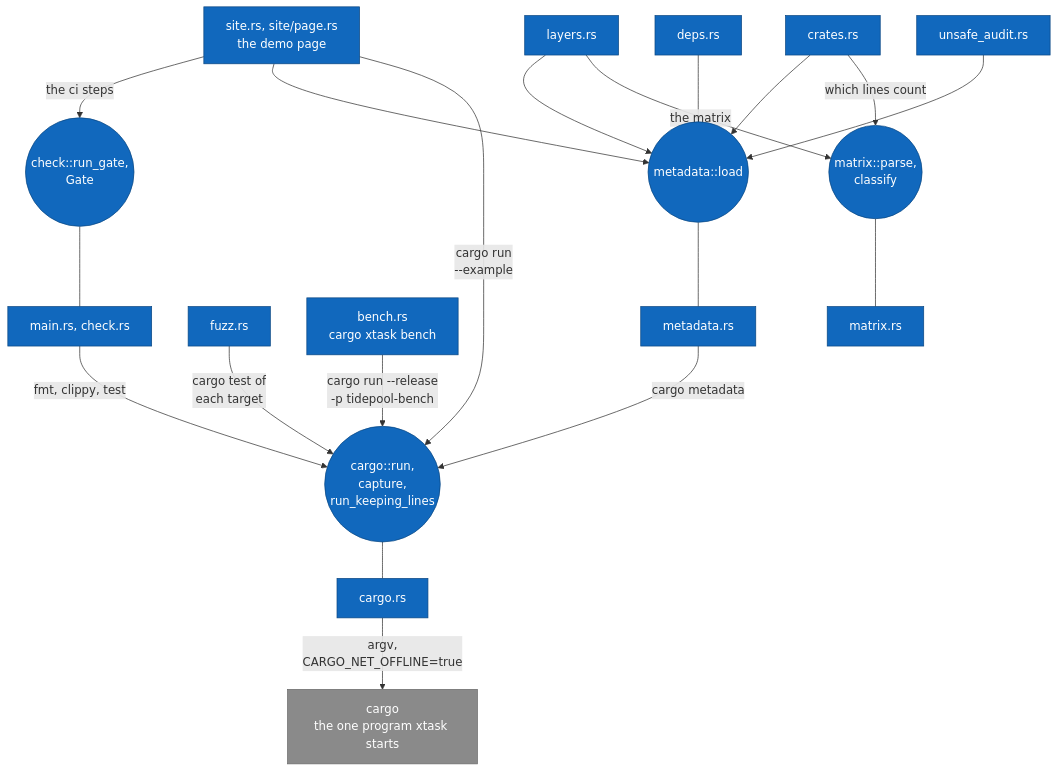
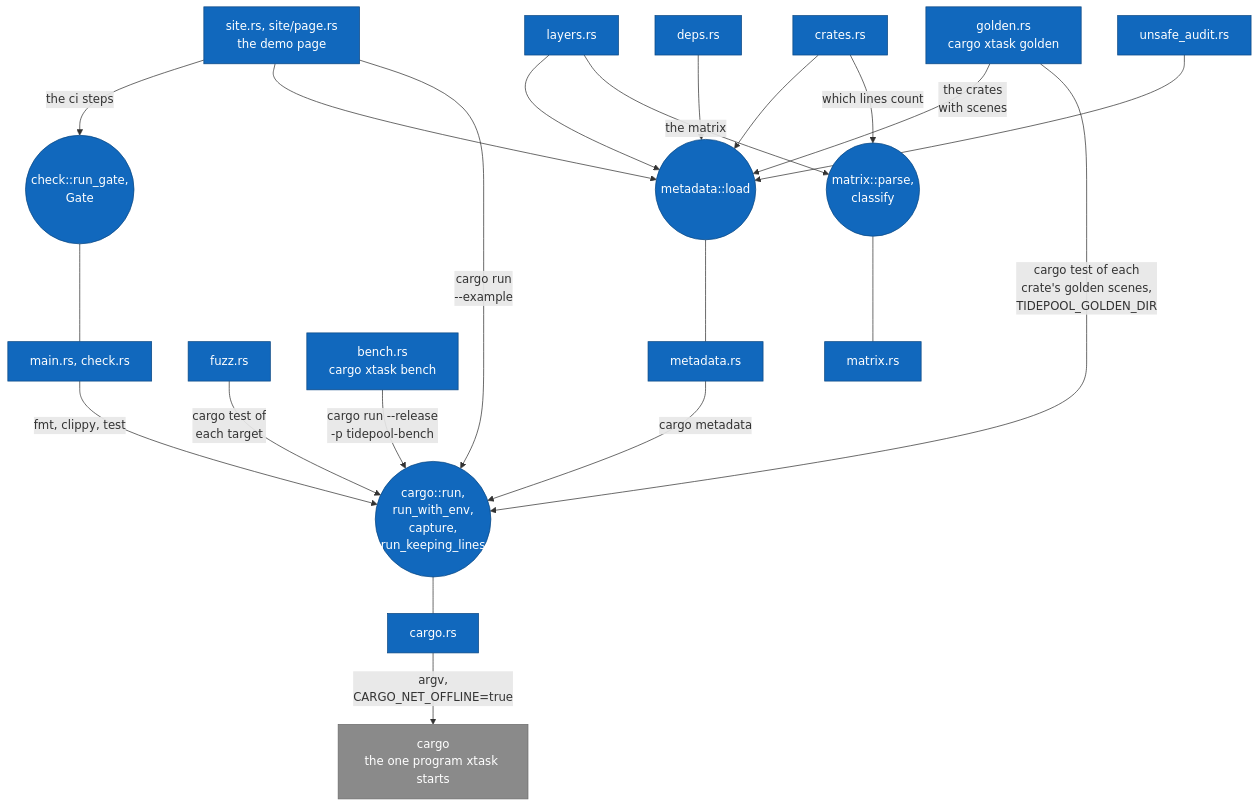
Before and after one commit to jabbott-iii/Tidepool: diagram 18 of 21 in diagrams/component-diagrams.md, drawn with Mermaid. The commit also changed other lines of this file and 67 other files, not shown here.

First line of the commit message:
codec, gfx, xtask: QOI, the golden harness and gfx goldens (M2.4)

````diff
--- a/diagrams/component-diagrams.md
+++ b/diagrams/component-diagrams.md
@@ -1009,46 +1033,49 @@
 ```mermaid
 flowchart TB
     c_main["main.rs, check.rs"]
     c_deps["deps.rs"]
     c_layers["layers.rs"]
     c_crates["crates.rs"]
     c_unsafe["unsafe_audit.rs"]
     c_fuzz["fuzz.rs"]
     c_site["site.rs, site/page.rs<br/>the demo page"]
     c_bench["bench.rs<br/>cargo xtask bench"]
+    c_golden["golden.rs<br/>cargo xtask golden"]
     i_gate(("check::run_gate,<br/>Gate"))
 
     i_meta(("metadata::load"))
     i_matrix(("matrix::parse,<br/>classify"))
     c_meta["metadata.rs"]
     c_matrix["matrix.rs"]
-    i_cargo(("cargo::run,<br/>capture,<br/>run_keeping_lines"))
+    i_cargo(("cargo::run,<br/>run_with_env,<br/>capture,<br/>run_keeping_lines"))
     c_cargo["cargo.rs"]
     e_cargo["cargo<br/>the one program xtask starts"]
 
     c_deps --> i_meta
     c_layers --> i_meta
     c_crates --> i_meta
     c_unsafe --> i_meta
     c_layers -->|"the matrix"| i_matrix
     c_crates -->|"which lines count"| i_matrix
     c_main -->|"fmt, clippy, test"| i_cargo
     c_fuzz -->|"cargo test of<br/>each target"| i_cargo
     c_site -->|"the ci steps"| i_gate
     i_gate --- c_main
     c_site --> i_meta
     c_site -->|"cargo run<br/>--example"| i_cargo
     c_bench -->|"cargo run --release<br/>-p tidepool-bench"| i_cargo
+    c_golden -->|"the crates<br/>with scenes"| i_meta
+    c_golden -->|"cargo test of each<br/>crate's golden scenes,<br/>TIDEPOOL_GOLDEN_DIR"| i_cargo
 
     i_meta --- c_meta
     i_matrix --- c_matrix
     c_meta -->|"cargo metadata"| i_cargo
     i_cargo --- c_cargo
     c_cargo -->|"argv,<br/>CARGO_NET_OFFLINE=true"| e_cargo
 
     classDef built fill:#1168bd,stroke:#0b4884,color:#ffffff
     classDef external fill:#8a8a8a,stroke:#6b6b6b,color:#ffffff
-    class c_main,c_deps,c_layers,c_crates,c_unsafe,c_fuzz,c_site,c_bench,c_meta,c_matrix,c_cargo built
+    class c_main,c_deps,c_layers,c_crates,c_unsafe,c_fuzz,c_site,c_bench,c_golden,c_meta,c_matrix,c_cargo built
     class i_meta,i_matrix,i_cargo,i_gate built
     class e_cargo external
 ```
````
